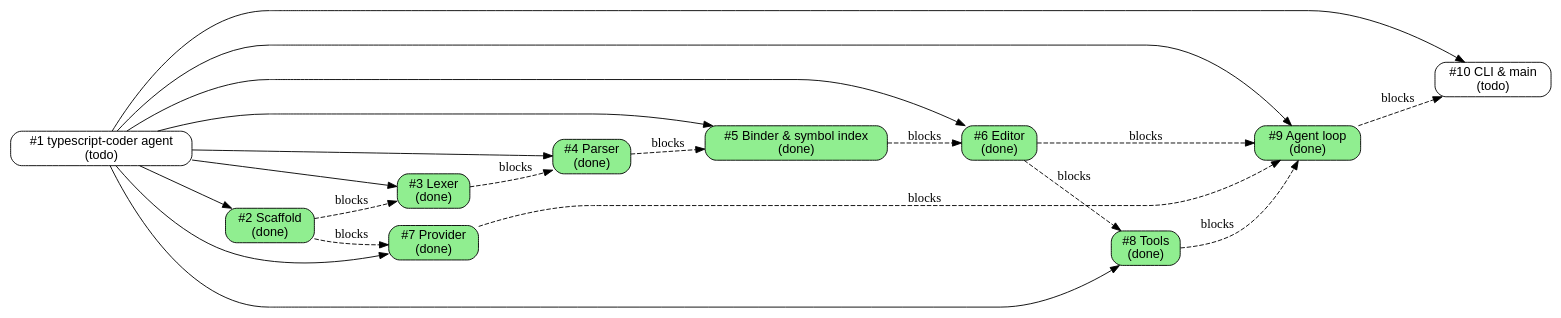
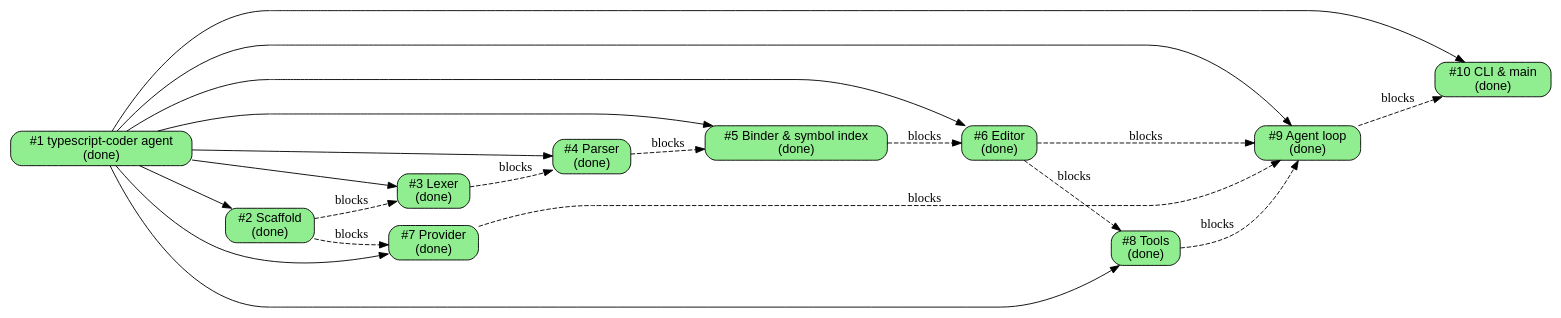
The diagram in issues/todo.md (illusory0x0/typescript-coder), drawn with Graphviz before and after one commit. The commit also changed other lines of this file and 2 other files, not shown here.

Commit message:
Mark issues #1 and #10 done in tracker

````diff
--- a/issues/todo.md
+++ b/issues/todo.md
@@ -7,42 +7,42 @@
 ```dot
 digraph issues {
   rankdir=LR;
   node [shape=box, style="rounded,filled", fontname="Helvetica"];
 
   // status colors: todo=white, in-progress=lightyellow, review=lightblue,
   //                done=lightgreen, wontfix=lightgrey
-  "1"  [label="#1 typescript-coder agent\n(todo)", fillcolor="white"];
+  "1"  [label="#1 typescript-coder agent\n(done)", fillcolor="lightgreen"];
   "2"  [label="#2 Scaffold\n(done)", fillcolor="lightgreen"];
   "3"  [label="#3 Lexer\n(done)", fillcolor="lightgreen"];
   "4"  [label="#4 Parser\n(done)", fillcolor="lightgreen"];
   "5"  [label="#5 Binder & symbol index\n(done)", fillcolor="lightgreen"];
   "6"  [label="#6 Editor\n(done)", fillcolor="lightgreen"];
   "7"  [label="#7 Provider\n(done)", fillcolor="lightgreen"];
   "8"  [label="#8 Tools\n(done)", fillcolor="lightgreen"];
   "9"  [label="#9 Agent loop\n(done)", fillcolor="lightgreen"];
-  "10" [label="#10 CLI & main\n(todo)", fillcolor="white"];
+  "10" [label="#10 CLI & main\n(done)", fillcolor="lightgreen"];
 
   // tree edges (parent -> child), solid
   "1" -> "2";
   "1" -> "3";
   "1" -> "4";
   "1" -> "5";
   "1" -> "6";
   "1" -> "7";
   "1" -> "8";
   "1" -> "9";
   "1" -> "10";
 
   // dependency edges (blocker -> blocked), dashed
   "2" -> "3" [style=dashed, label="blocks"];
   "3" -> "4" [style=dashed, label="blocks"];
   "4" -> "5" [style=dashed, label="blocks"];
   "5" -> "6" [style=dashed, label="blocks"];
   "2" -> "7" [style=dashed, label="blocks"];
   "6" -> "8" [style=dashed, label="blocks"];
   "6" -> "9" [style=dashed, label="blocks"];
   "7" -> "9" [style=dashed, label="blocks"];
   "8" -> "9" [style=dashed, label="blocks"];
   "9" -> "10" [style=dashed, label="blocks"];
 }
 ```
````
